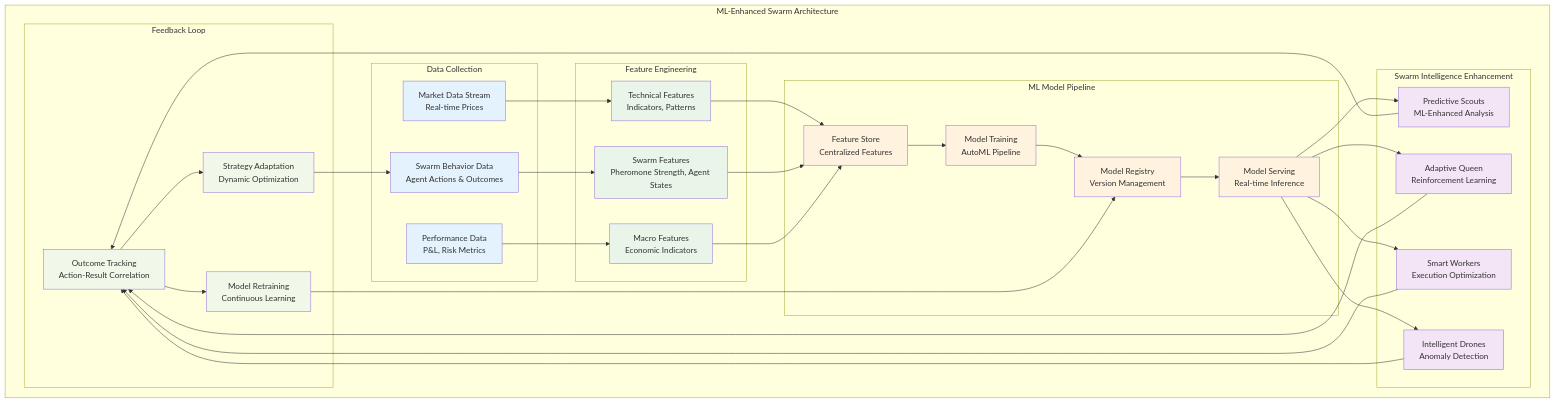
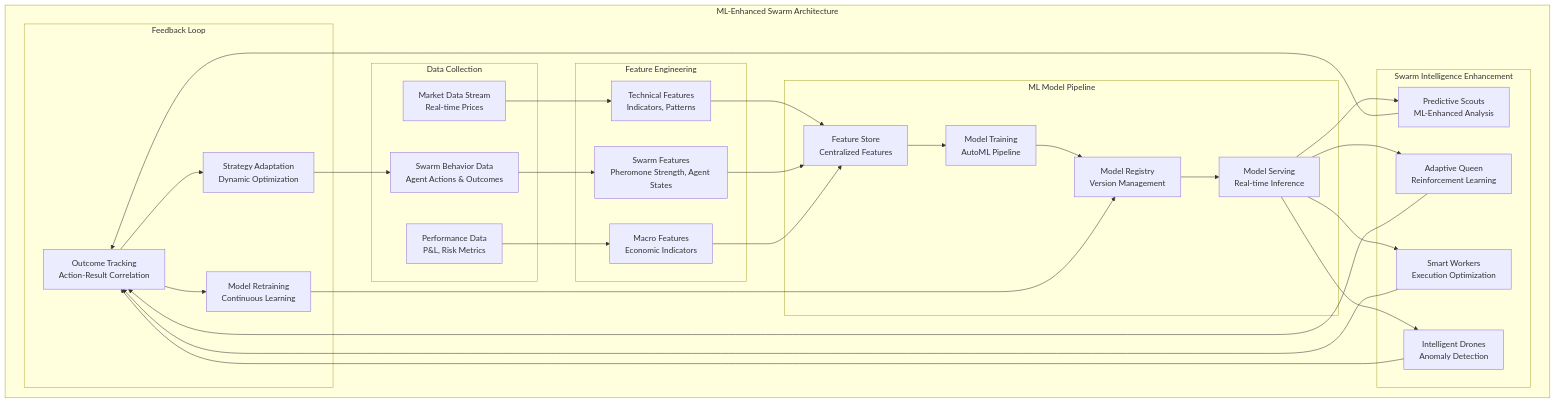
One commit to petewilburn/Python-Programs-for-Fun-and-Education changed the tenth of 12 diagrams in src/Python_Programs/Hierarchical_Swarm_Enterprise_Architecture.md. Above: the diagram before and after it, drawn with Mermaid. The commit also changed other lines of this file and 3 other files, not shown here.

Commit message:
Remove all Mermaid styling for better dark mode compatibility

````diff
--- a/src/Python_Programs/Hierarchical_Swarm_Enterprise_Architecture.md
+++ b/src/Python_Programs/Hierarchical_Swarm_Enterprise_Architecture.md
@@ -904,15 +808,4 @@
     StrategyAdaptation --> SwarmData
     
     %% Styling
-    classDef data fill:#e3f2fd
-    classDef features fill:#e8f5e8
-    classDef ml fill:#fff3e0
-    classDef agents fill:#f3e5f5
-    classDef feedback fill:#f1f8e9
-    
-    class MarketData,SwarmData,PerformanceData data
-    class TechnicalFeatures,SwarmFeatures,MacroFeatures features
-    class FeatureStore,ModelTraining,ModelRegistry,ModelServing ml
-    class PredictiveScouts,AdaptiveQueen,SmartWorkers,IntelligentDrones agents
-    class OutcomeTracking,ModelRetraining,StrategyAdaptation feedback
 ```
````
